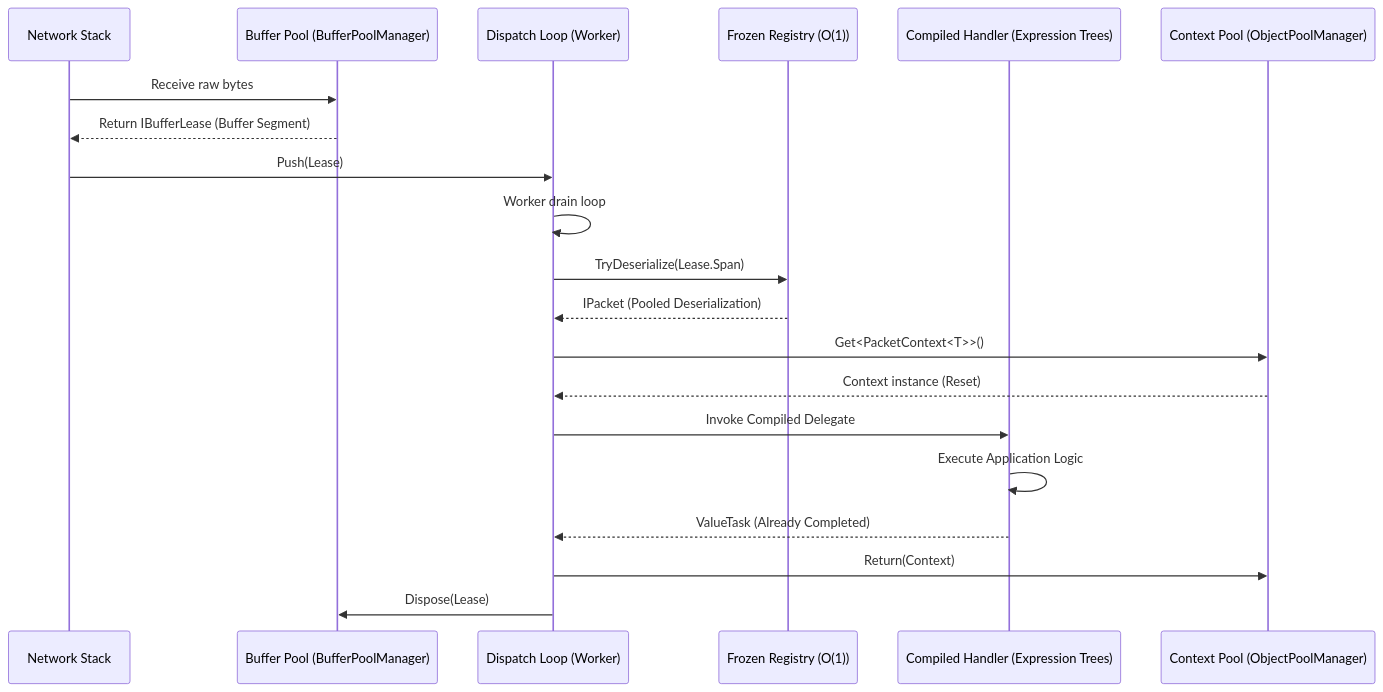
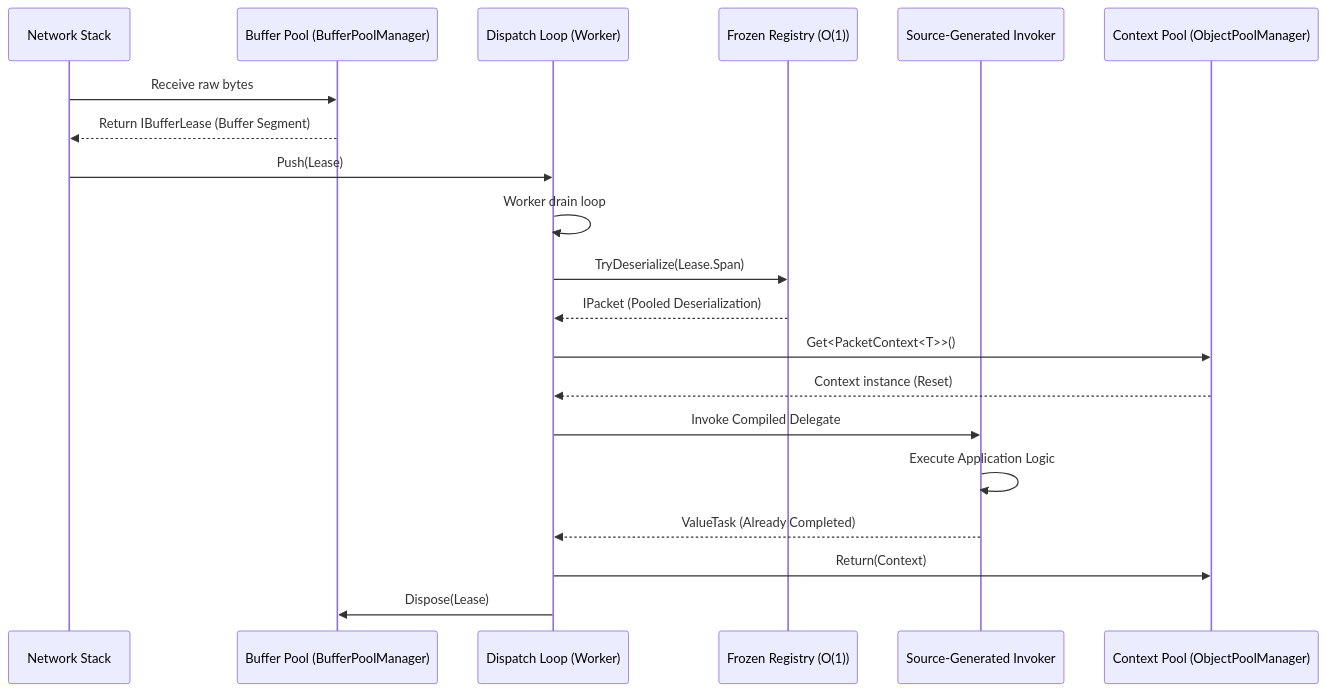
The diagram in docs/concepts/internals/zero-allocation.md (ppn-systems/Nalix), drawn with Mermaid before and after one commit. The commit also changed 53 other files, not shown here.

````diff
--- a/docs/concepts/internals/zero-allocation.md
+++ b/docs/concepts/internals/zero-allocation.md
@@ -17,23 +17,23 @@
 ```mermaid
 sequenceDiagram
     participant OS as Network Stack
     participant LP as Buffer Pool (BufferPoolManager)
     participant DC as Dispatch Loop (Worker)
     participant FR as Frozen Registry (O(1))
-    participant CH as Compiled Handler (Expression Trees)
+    participant CH as Source-Generated Invoker
     participant CP as Context Pool (ObjectPoolManager)
 
     OS->>LP: Receive raw bytes
     LP-->>OS: Return IBufferLease (Buffer Segment)
     OS->>DC: Push(Lease)
     DC->>DC: Worker drain loop
     DC->>FR: TryDeserialize(Lease.Span)
     FR-->>DC: IPacket (Pooled Deserialization)
     DC->>CP: Get<PacketContext<T>>()
     CP-->>DC: Context instance (Reset)
     DC->>CH: Invoke Compiled Delegate
     CH->>CH: Execute Application Logic
     CH-->>DC: ValueTask (Already Completed)
     DC->>CP: Return(Context)
     DC->>LP: Dispose(Lease)
 ```
````
